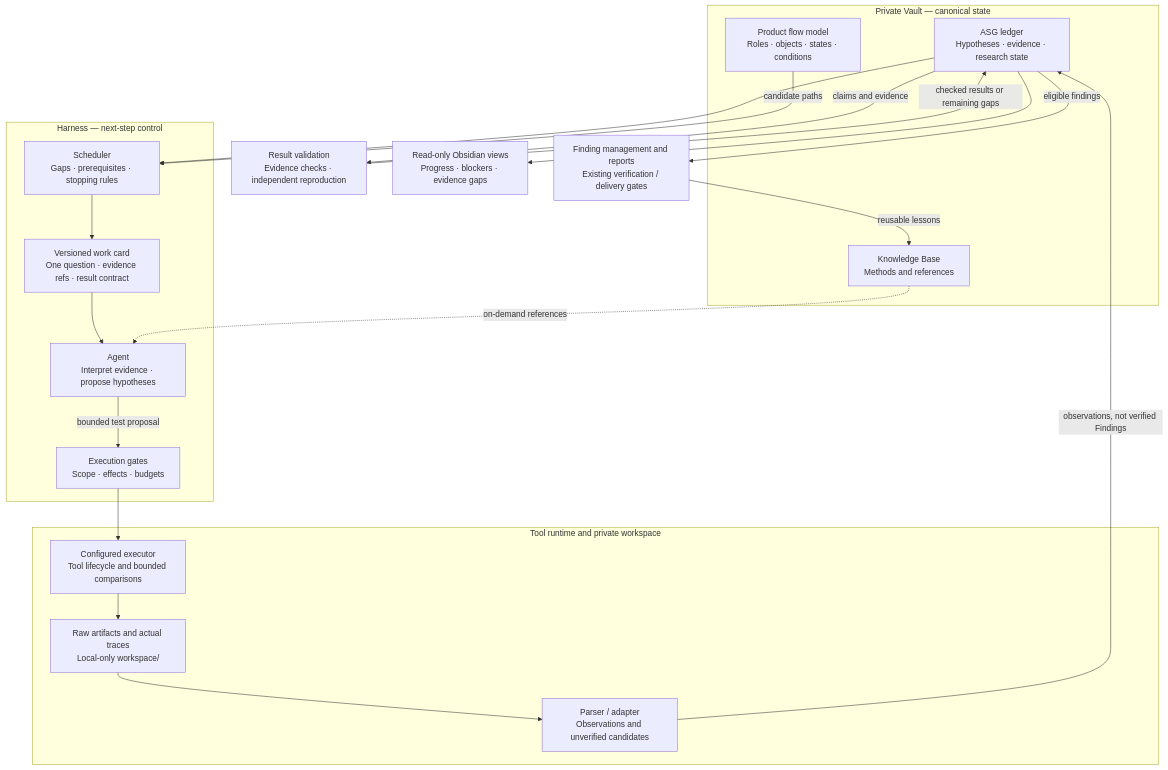
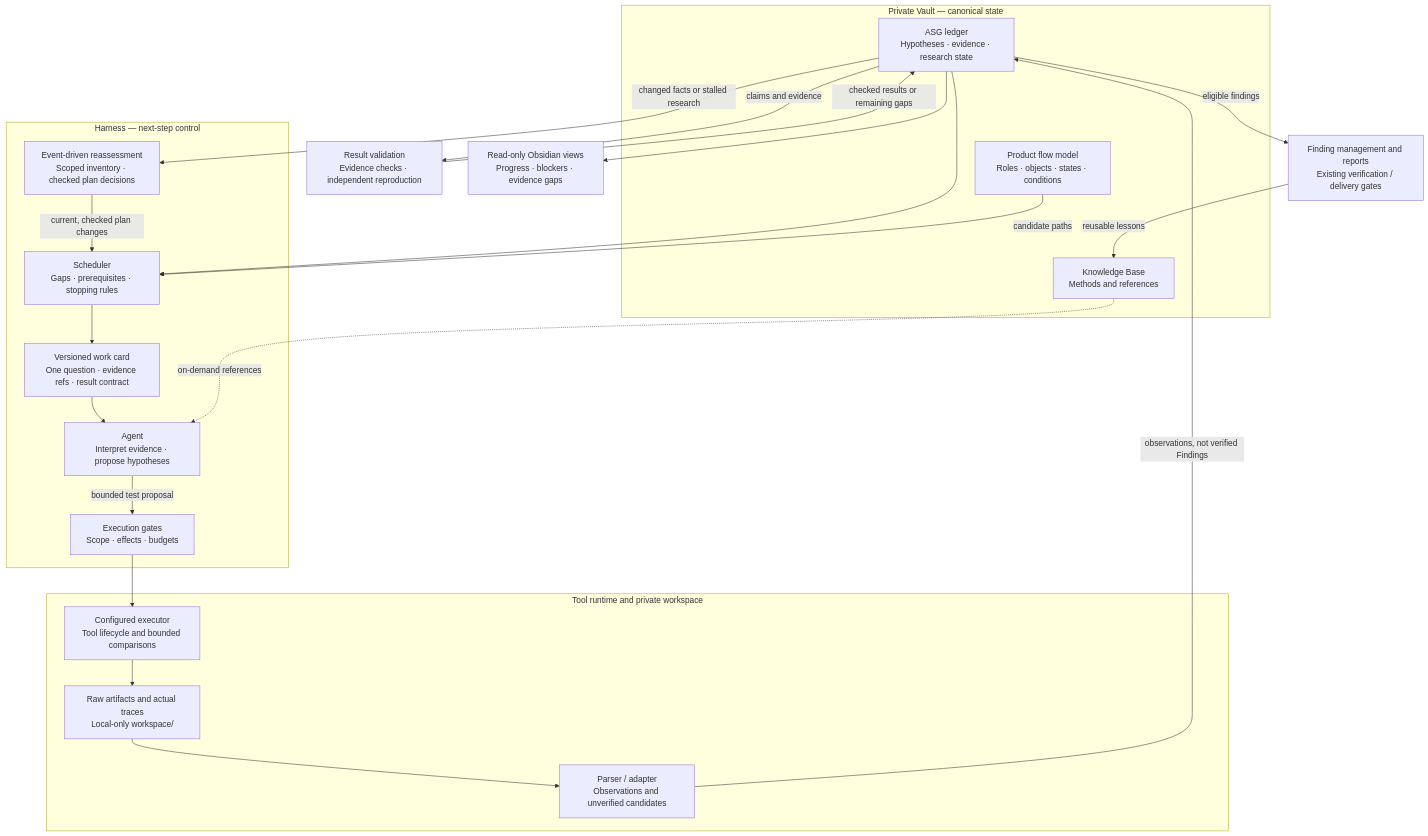
The first of 2 diagrams in README.md (guan4tou2/bug-bounty-vault-framework), drawn with Mermaid before and after one commit. The commit also changed other lines of this file and 19 other files, not shown here.

Commit message:
Fix research continuation and add event-driven reassessment

````diff
--- a/README.md
+++ b/README.md
@@ -16,34 +16,37 @@
 ```mermaid
 flowchart TB
   subgraph STATE["Private Vault — canonical state"]
     ASG["ASG ledger<br/>Hypotheses · evidence · research state"]
     EFSM["Product flow model<br/>Roles · objects · states · conditions"]
     KB["Knowledge Base<br/>Methods and references"]
   end
   subgraph HARNESS["Harness — next-step control"]
+    REASSESS["Event-driven reassessment<br/>Scoped inventory · checked plan decisions"]
     NEXT["Scheduler<br/>Gaps · prerequisites · stopping rules"]
     CARD["Versioned work card<br/>One question · evidence refs · result contract"]
     AGENT["Agent<br/>Interpret evidence · propose hypotheses"]
     GATE["Execution gates<br/>Scope · effects · budgets"]
   end
   subgraph EXECUTION["Tool runtime and private workspace"]
     TOOL["Configured executor<br/>Tool lifecycle and bounded comparisons"]
     RAW["Raw artifacts and actual traces<br/>Local-only workspace/"]
     IMPORT["Parser / adapter<br/>Observations and unverified candidates"]
   end
   CHECK["Result validation<br/>Evidence checks · independent reproduction"]
   DELIVERY["Finding management and reports<br/>Existing verification / delivery gates"]
   VIEW["Read-only Obsidian views<br/>Progress · blockers · evidence gaps"]
   ASG --> NEXT
+  ASG -->|"changed facts or stalled research"| REASSESS
+  REASSESS -->|"current, checked plan changes"| NEXT
   EFSM -->|"candidate paths"| NEXT
   NEXT --> CARD --> AGENT
   KB -.->|"on-demand references"| AGENT
   AGENT -->|"bounded test proposal"| GATE
   GATE --> TOOL --> RAW --> IMPORT
   IMPORT -->|"observations, not verified Findings"| ASG
   ASG -->|"claims and evidence"| CHECK
   CHECK -->|"checked results or remaining gaps"| ASG
   ASG -->|"eligible findings"| DELIVERY
   ASG --> VIEW
   DELIVERY -->|"reusable lessons"| KB
 ```
````
